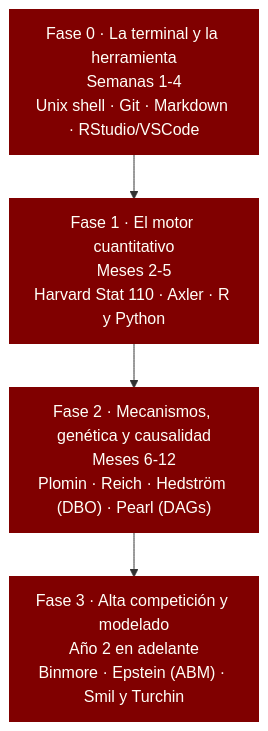
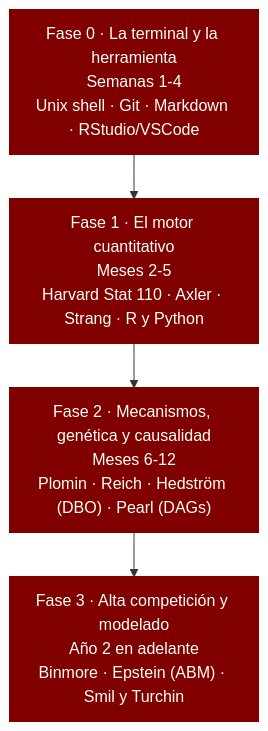
The diagram in guia_autodidacta.qmd (danielgccr/nuevasomosaguas), drawn with Mermaid before and after one commit. The commit also changed other lines of this file and 18 other files, not shown here.

````diff
--- a/guia_autodidacta.qmd
+++ b/guia_autodidacta.qmd
@@ -31,16 +31,16 @@
 ```{mermaid}
 %%| label: fig-fases
 %%| fig-cap: "Las cuatro fases de la ruta autodidacta."
 
 %%{init: {"flowchart": {"htmlLabels": false, "nodeSpacing": 30, "rankSpacing": 45, "padding": 12, "useMaxWidth": true}}}%%
 flowchart TD
     F0["Fase 0 · La terminal y la herramienta<br/>Semanas 1-4<br/>Unix shell · Git · Markdown · RStudio/VSCode"]
-    F1["Fase 1 · El motor cuantitativo<br/>Meses 2-5<br/>Harvard Stat 110 · Axler · R y Python"]
+    F1["Fase 1 · El motor cuantitativo<br/>Meses 2-5<br/>Harvard Stat 110 · Axler · Strang · R y Python"]
     F2["Fase 2 · Mecanismos, genética y causalidad<br/>Meses 6-12<br/>Plomin · Reich · Hedström (DBO) · Pearl (DAGs)"]
     F3["Fase 3 · Alta competición y modelado<br/>Año 2 en adelante<br/>Binmore · Epstein (ABM) · Smil y Turchin"]
 
     F0 --> F1 --> F2 --> F3
 
     classDef fase fill:#800000,stroke:#800000,stroke-width:2px,color:#fffff8
     class F0,F1,F2,F3 fase
 ```
````
